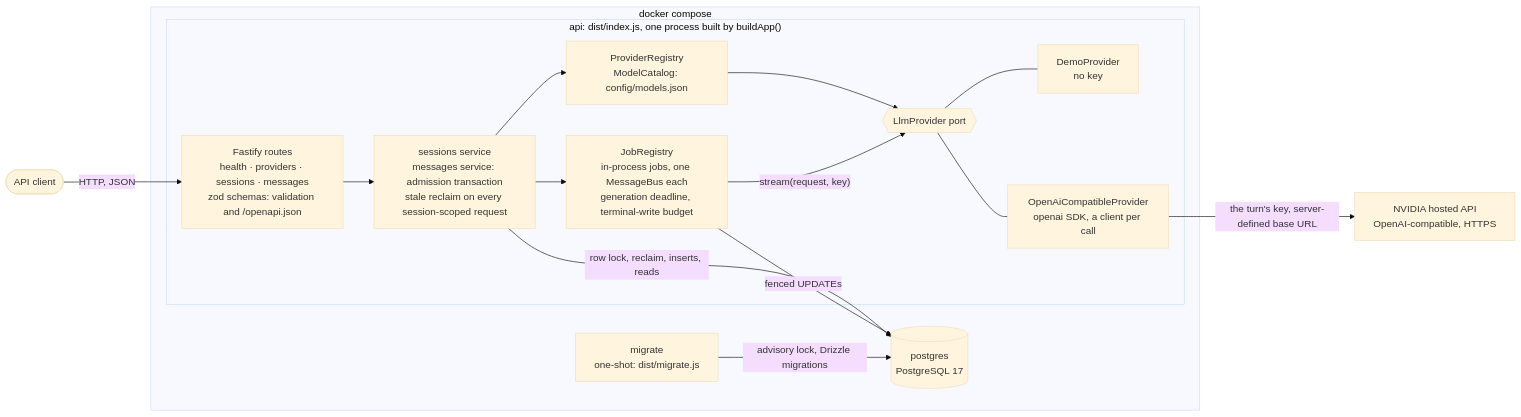
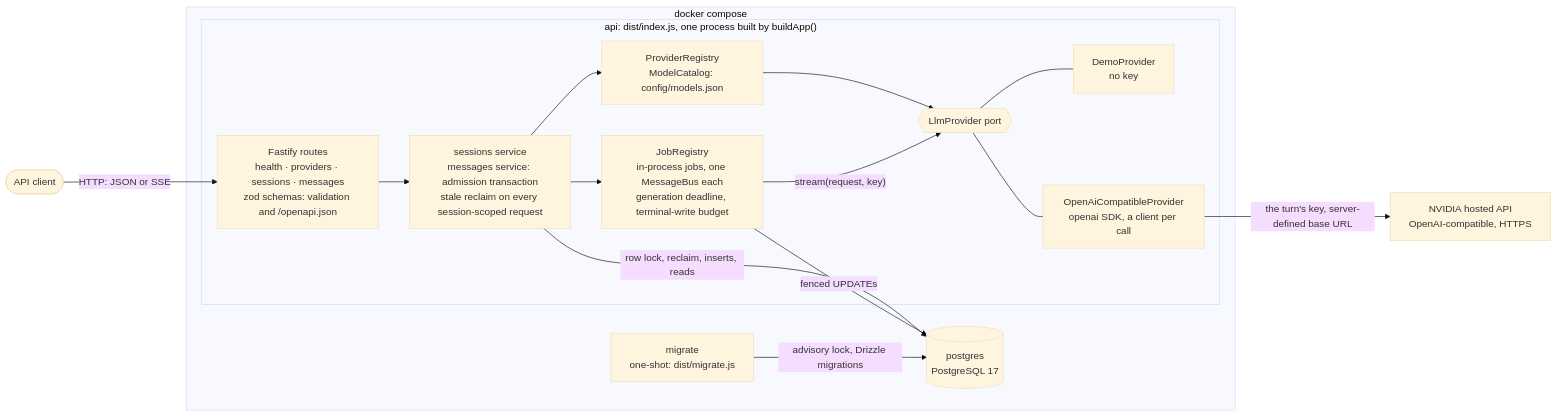
One commit to shaun0457/llm-chat-backend changed the diagram in README.md. Above: the diagram before and after it, drawn with Mermaid (base theme). The commit also changed other lines of this file and 1 other file, not shown here.

````diff
--- a/README.md
+++ b/README.md
@@ -216,32 +219,32 @@
 ```mermaid
 flowchart LR
   client(["API client"])
   nvidia["NVIDIA hosted API<br/>OpenAI-compatible, HTTPS"]
 
   subgraph compose["docker compose"]
     migrate["migrate<br/>one-shot: dist/migrate.js"]
     postgres[("postgres<br/>PostgreSQL 17")]
     subgraph api["api: dist/index.js, one process built by buildApp()"]
       routes["Fastify routes<br/>health · providers · sessions · messages<br/>zod schemas: validation and /openapi.json"]
       services["sessions service<br/>messages service: admission transaction<br/>stale reclaim on every session-scoped request"]
       jobs["JobRegistry<br/>in-process jobs, one MessageBus each<br/>generation deadline, terminal-write budget"]
       registry["ProviderRegistry<br/>ModelCatalog: config/models.json"]
       port{{"LlmProvider port"}}
       demo["DemoProvider<br/>no key"]
       openai["OpenAiCompatibleProvider<br/>openai SDK, a client per call"]
     end
   end
 
-  client -- "HTTP, JSON" --> routes
+  client -- "HTTP: JSON or SSE" --> routes
   routes --> services
   services --> jobs
   services --> registry
   registry --> port
   jobs -- "stream(request, key)" --> port
   port --- demo
   port --- openai
   openai -- "the turn's key, server-defined base URL" --> nvidia
   migrate -- "advisory lock, Drizzle migrations" --> postgres
   services -- "row lock, reclaim, inserts, reads" --> postgres
   jobs -- "fenced UPDATEs" --> postgres
 ```
````
